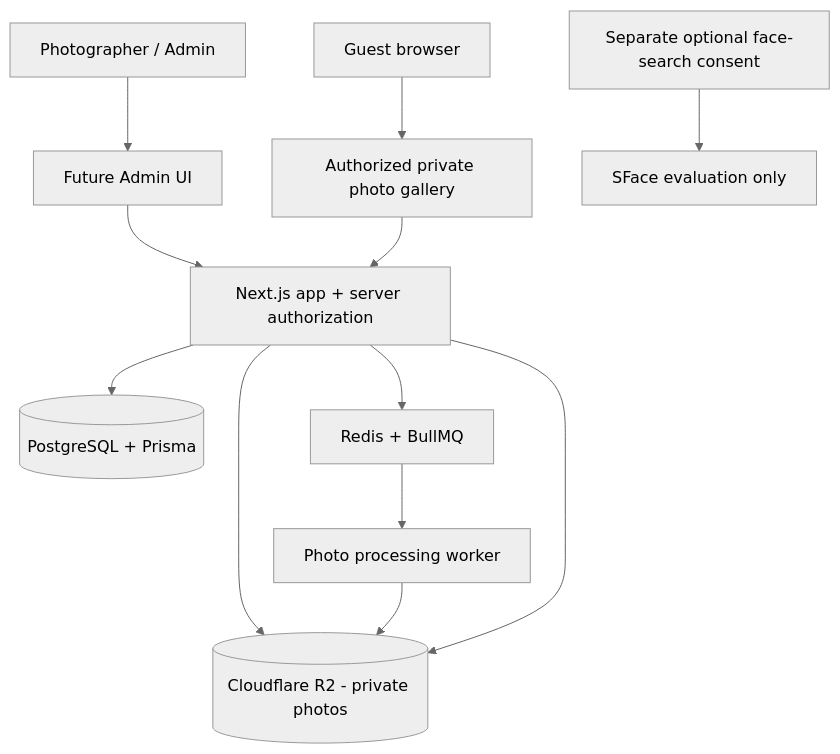
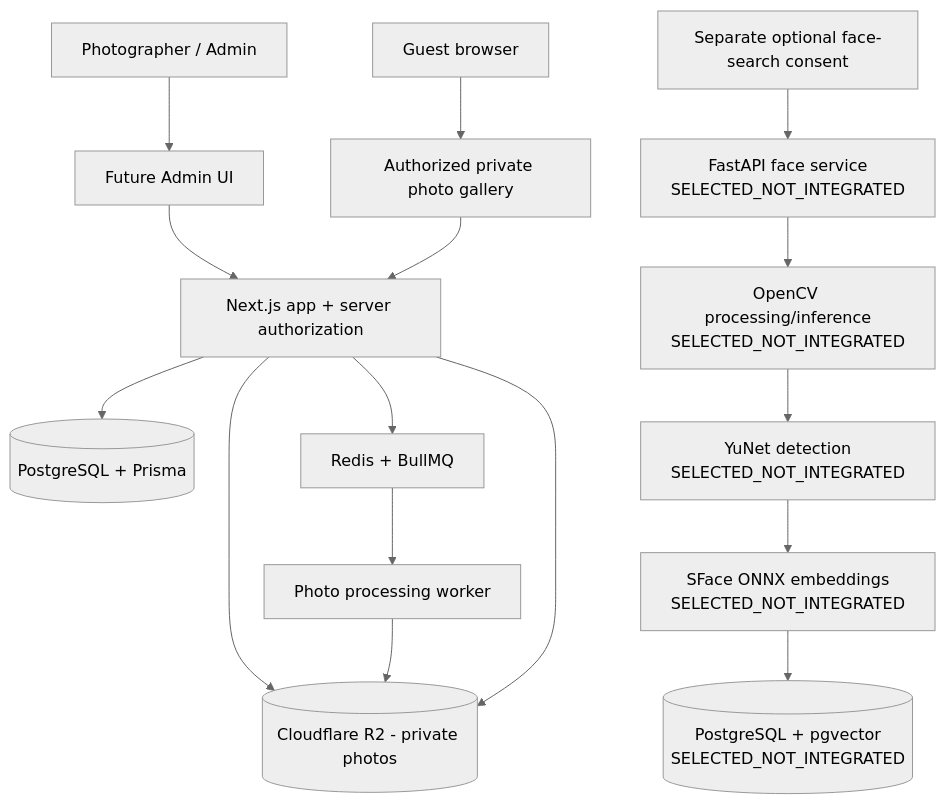
The second of 2 diagrams in docs/design-system/architecture/01-system-architecture.md (CodedPraveen/dds-photographer), drawn with Mermaid (neutral theme) before and after one commit. The commit also changed other lines of this file and 17 other files, not shown here.

````diff
--- a/docs/design-system/architecture/01-system-architecture.md
+++ b/docs/design-system/architecture/01-system-architecture.md
@@ -70,22 +70,26 @@
 ```mermaid
 flowchart TD
     Admin["Photographer / Admin"]
     AdminUI["Future Admin UI"]
     App["Next.js app + server authorization"]
     DB[("PostgreSQL + Prisma")]
     R2[("Cloudflare R2 - private photos")]
     Queue["Redis + BullMQ"]
     Worker["Photo processing worker"]
     Guest["Guest browser"]
     Gallery["Authorized private photo gallery"]
     Consent["Separate optional face-search consent"]
-    SFace["SFace evaluation only"]
+    FastAPI["FastAPI face service\nSELECTED_NOT_INTEGRATED"]
+    OpenCV["OpenCV processing/inference\nSELECTED_NOT_INTEGRATED"]
+    YuNet["YuNet detection\nSELECTED_NOT_INTEGRATED"]
+    SFace["SFace ONNX embeddings\nSELECTED_NOT_INTEGRATED"]
+    Vector[("PostgreSQL + pgvector\nSELECTED_NOT_INTEGRATED")]
 
     Admin --> AdminUI --> App
     App --> DB
     App --> R2
     App --> Queue --> Worker --> R2
     Guest --> Gallery --> App
     App --> R2
-    Consent --> SFace
+    Consent --> FastAPI --> OpenCV --> YuNet --> SFace --> Vector
 ```
````
